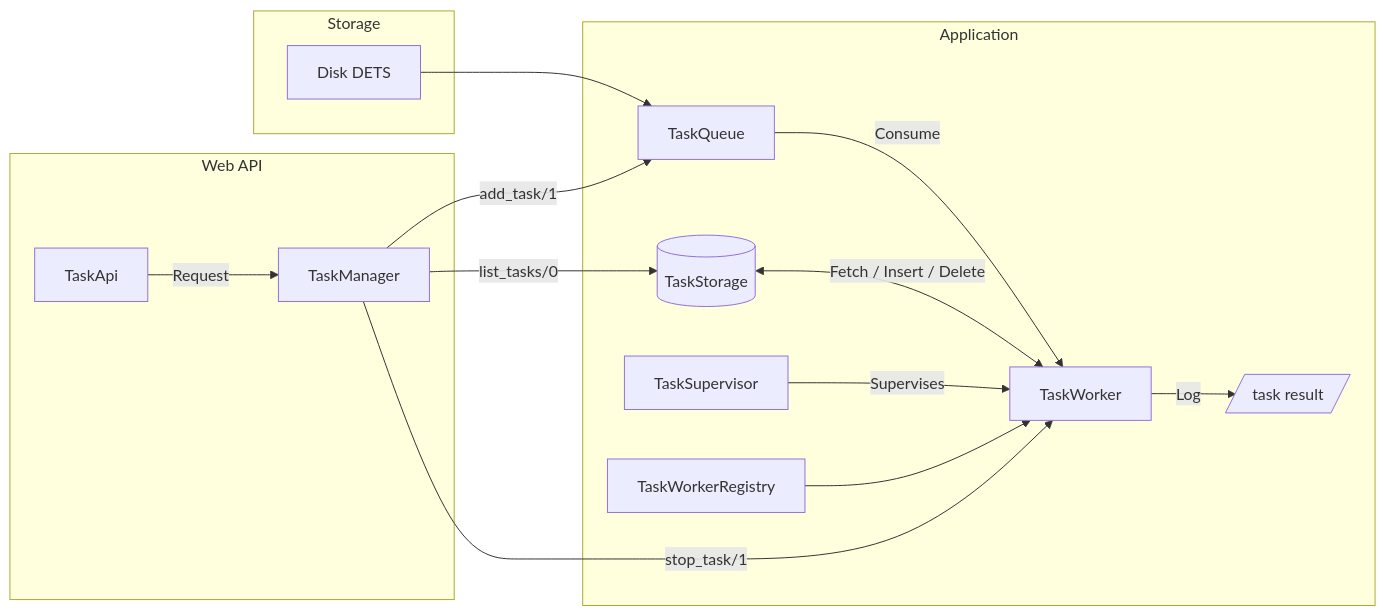
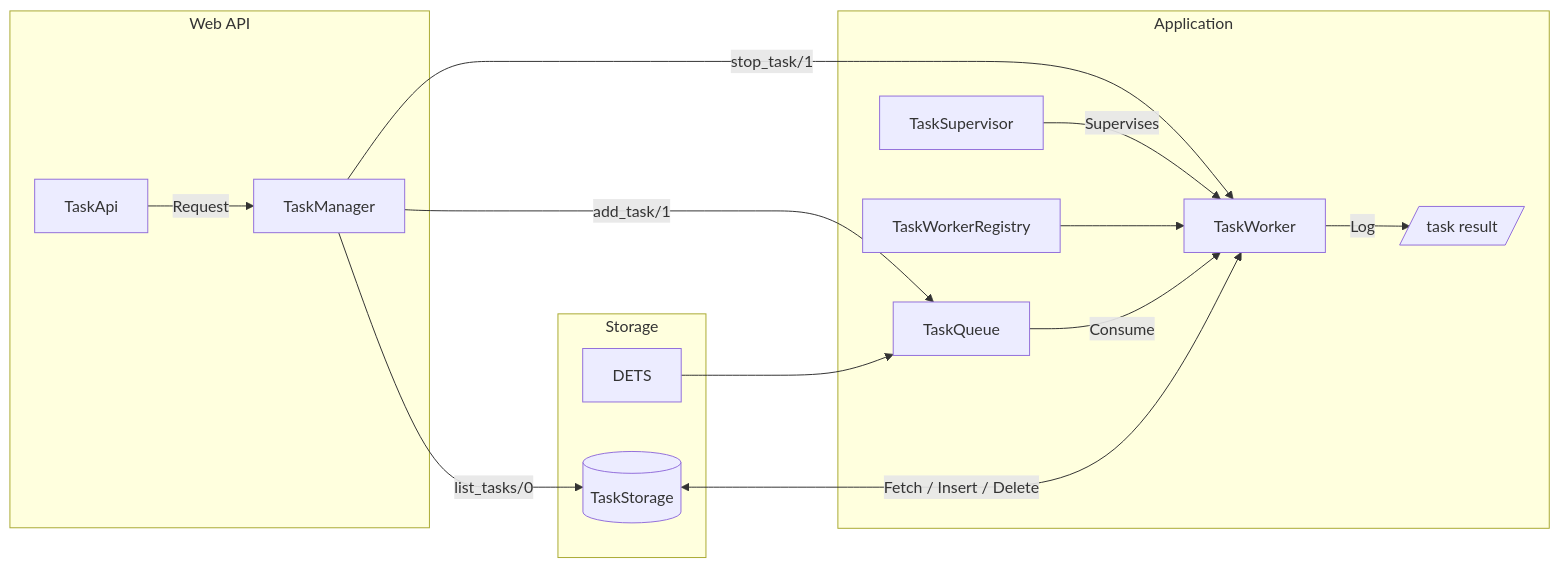
Before and after one commit to quentin-rodriguez/task-system: the diagram in README.md, drawn with Mermaid. The commit also changed other lines of this file and 1 other file, not shown here.

Commit message:
Change mermaid flowchart diagrams

````diff
--- a/README.md
+++ b/README.md
@@ -11,22 +11,22 @@
 ```mermaid
 flowchart LR
     subgraph Web API
         TA[TaskApi] -- Request --> TM[TaskManager] 
     end
     
     TM -- add_task/1 --> TQ
     TM -- list_tasks/0 --> TST
     TM -- stop_task/1 --> TW
 
     subgraph Application
         TS[TaskSupervisor] -- Supervises --> TW[TaskWorker]
         TR[TaskWorkerRegistry] --> TW
         TQ[TaskQueue] -- Consume --> TW
-        TST[(TaskStorage)] <-- Fetch / Insert / Delete --> TW
         TW -- Log --> LOG@{ shape: lean-r, label: "task result" }
     end
 
     subgraph Storage
-       DETS[Disk DETS] --> TQ
+       DETS[DETS] --> TQ
+       TST[(TaskStorage)] <-- Fetch / Insert / Delete --> TW
     end
 ```
````
